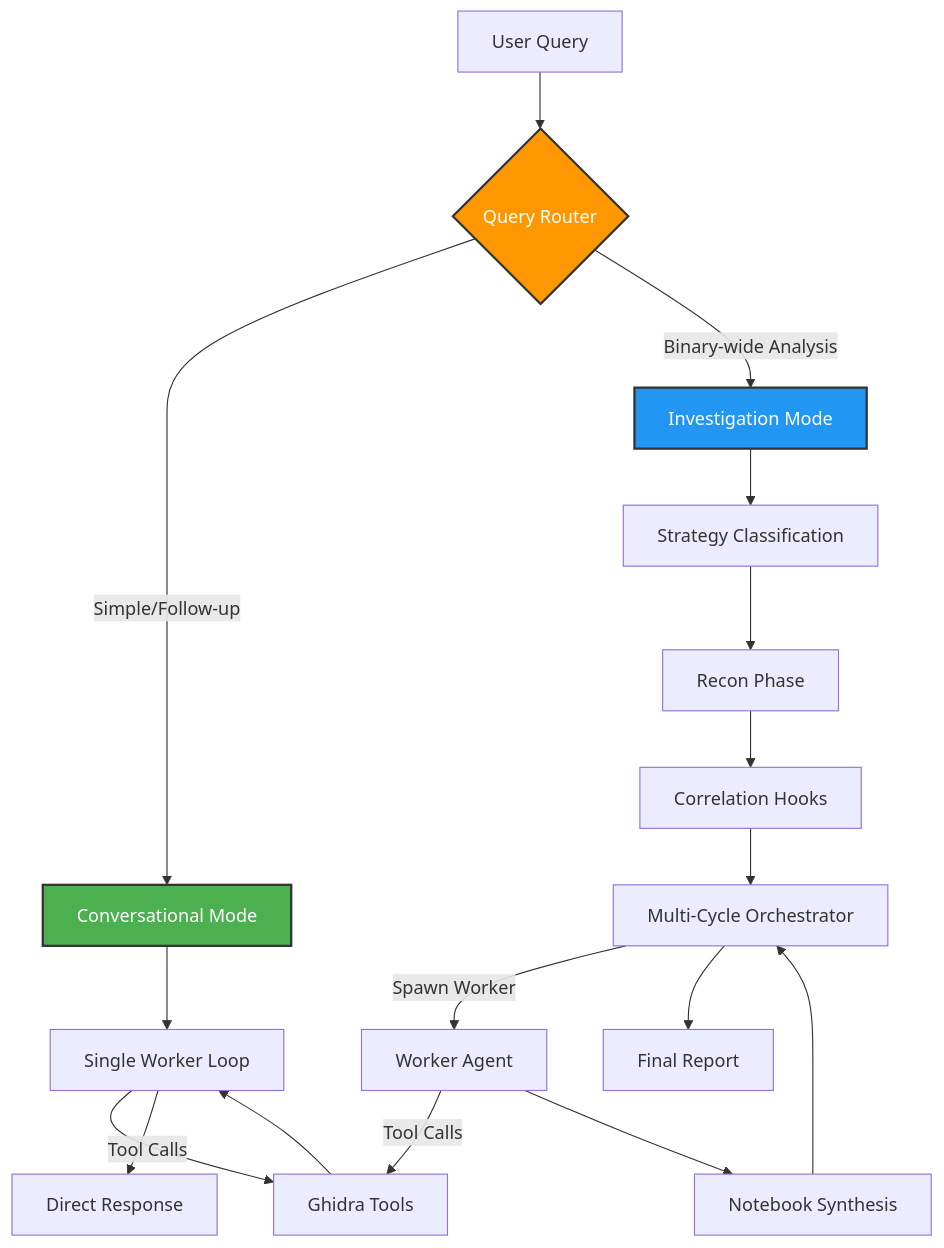
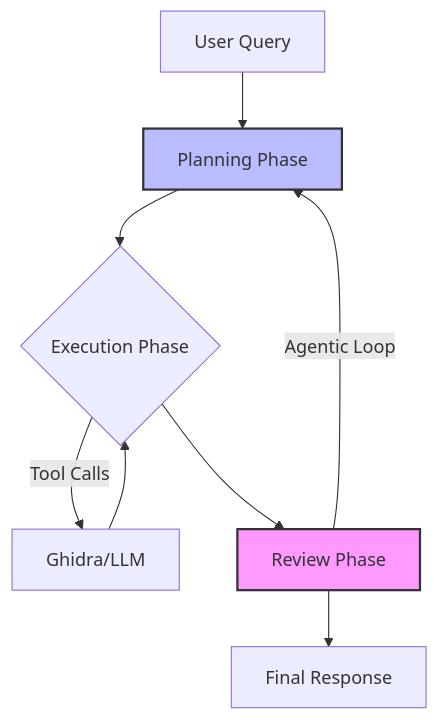
The diagram in README.md (Eriken79/OGhidra), drawn with Mermaid before and after one commit. The commit also changed other lines of this file and 37 other files, not shown here.

````diff
--- a/README.md
+++ b/README.md
@@ -31,25 +31,13 @@
 ```mermaid
 graph TD
-    A[User Query] --> B{Query Router}
-    B -- Simple/Follow-up --> C[Conversational Mode]
-    B -- Binary-wide Analysis --> D[Investigation Mode]
-
-    C --> E[Single Worker Loop]
-    E -- Tool Calls --> F[Ghidra Tools]
-    F --> E
-    E --> G[Direct Response]
-
-    D --> H[Strategy Classification]
-    H --> I[Recon Phase]
-    I --> J[Correlation Hooks]
-    J --> K[Multi-Cycle Orchestrator]
-    K -- Spawn Worker --> L[Worker Agent]
-    L -- Tool Calls --> F
-    L --> M[Notebook Synthesis]
-    M --> K
-    K --> N[Final Report]
-
-    style C fill:#4CAF50,stroke:#333,stroke-width:2px,color:#fff
-    style D fill:#2196F3,stroke:#333,stroke-width:2px,color:#fff
-    style B fill:#FF9800,stroke:#333,stroke-width:2px,color:#fff
+    A[User Query] --> B[Planning Phase]
+    B --> C{Execution Phase}
+    C -- Tool Calls --> D[Ghidra/LLM]
+    D --> C
+    C --> E[Review Phase]
+    E -- Agentic Loop --> B
+    E --> F[Final Response]
+    
+    style E fill:#f9f,stroke:#333,stroke-width:2px
+    style B fill:#bbf,stroke:#333,stroke-width:2px
 ```
````
